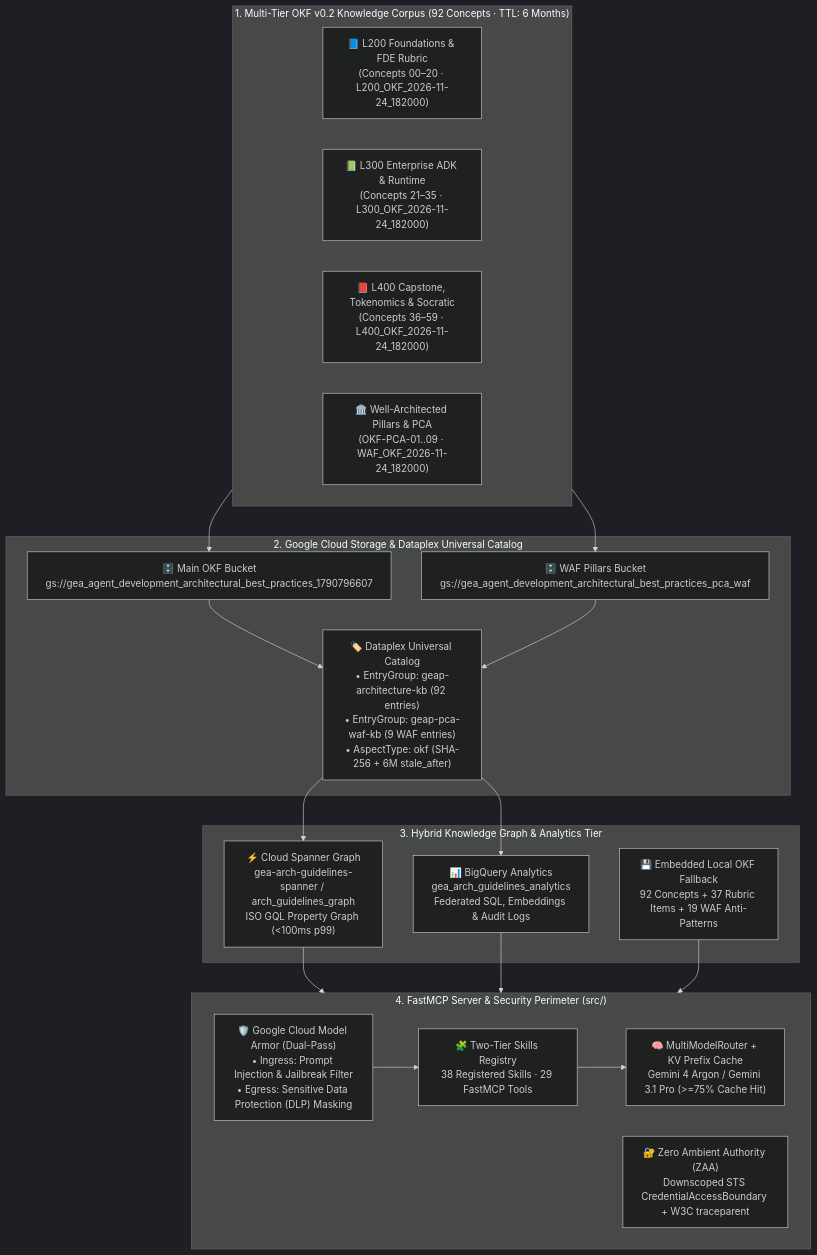
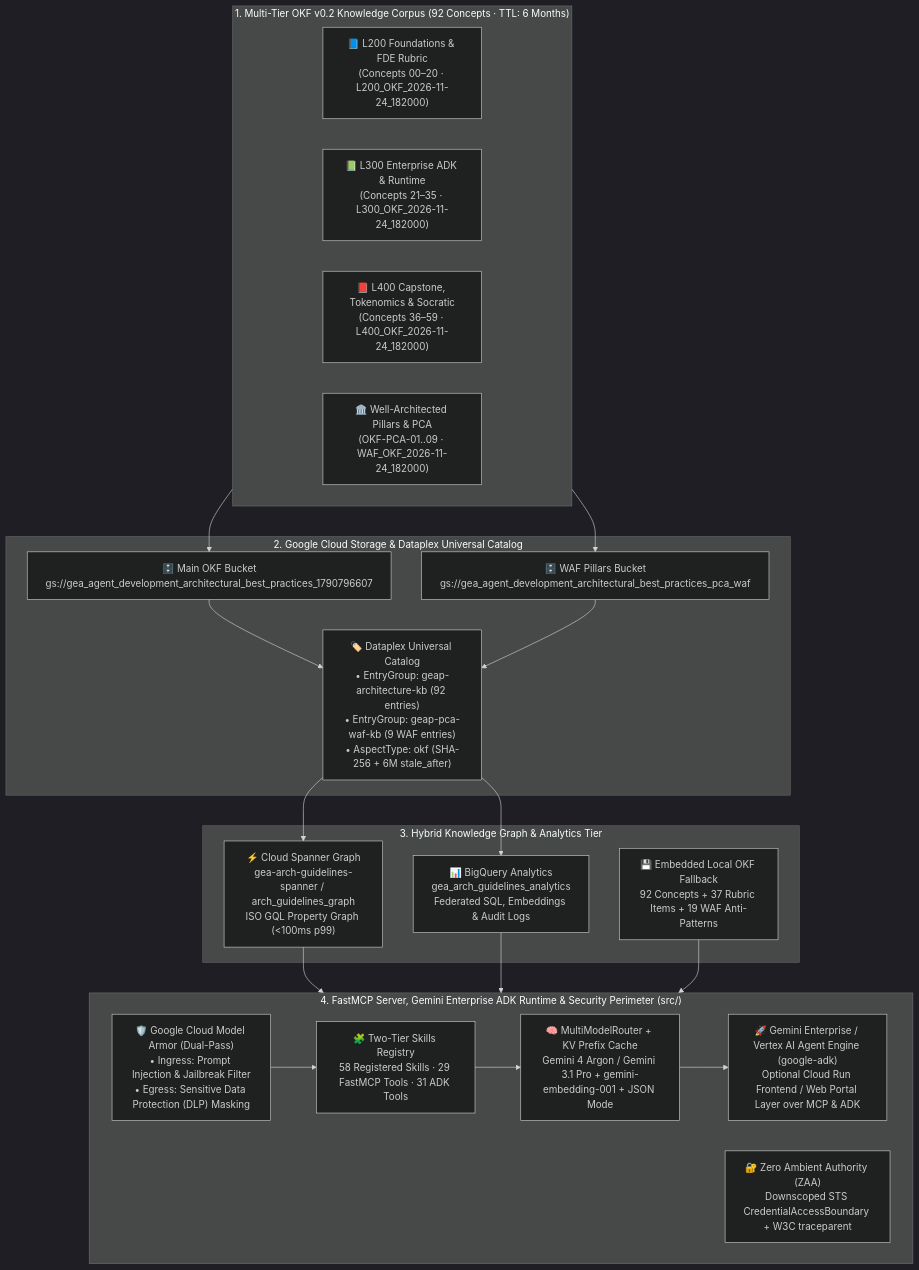
One commit to prdmohangoogley/gea-agents-arch-guidelines-mcp-server changed the diagram in docs/01_MCP_SERVER_DOCUMENTATION.md. Above: the diagram before and after it, drawn with Mermaid (dark theme). The commit also changed other lines of this file and 11 other files, not shown here.

Commit message:
docs: align architecture across entire repo (Gemini Enterprise MCP/ADK runtime, optional Cloud Run frontend, 58 skills, 31 ADK tools, live OnlineEvaluator)

````diff
--- a/docs/01_MCP_SERVER_DOCUMENTATION.md
+++ b/docs/01_MCP_SERVER_DOCUMENTATION.md
@@ -17,34 +17,35 @@
 ```mermaid
 flowchart TB
     subgraph Corpus["1. Multi-Tier OKF v0.2 Knowledge Corpus (92 Concepts · TTL: 6 Months)"]
         L200["📘 L200 Foundations & FDE Rubric\n(Concepts 00–20 · L200_OKF_2026-11-24_182000)"]
         L300["📗 L300 Enterprise ADK & Runtime\n(Concepts 21–35 · L300_OKF_2026-11-24_182000)"]
         L400["📕 L400 Capstone, Tokenomics & Socratic\n(Concepts 36–59 · L400_OKF_2026-11-24_182000)"]
         WAF["🏛️ Well-Architected Pillars & PCA\n(OKF-PCA-01..09 · WAF_OKF_2026-11-24_182000)"]
     end
 
     subgraph CloudStorage["2. Google Cloud Storage & Dataplex Universal Catalog"]
         GCS1["🗄️ Main OKF Bucket\ngs://gea_agent_development_architectural_best_practices_1790796607"]
         GCS2["🗄️ WAF Pillars Bucket\ngs://gea_agent_development_architectural_best_practices_pca_waf"]
         DP["🏷️ Dataplex Universal Catalog\n• EntryGroup: geap-architecture-kb (92 entries)\n• EntryGroup: geap-pca-waf-kb (9 WAF entries)\n• AspectType: okf (SHA-256 + 6M stale_after)"]
     end
 
     subgraph HybridGraph["3. Hybrid Knowledge Graph & Analytics Tier"]
         SPANNER["⚡ Cloud Spanner Graph\ngea-arch-guidelines-spanner / arch_guidelines_graph\nISO GQL Property Graph (<100ms p99)"]
         BQ["📊 BigQuery Analytics\ngea_arch_guidelines_analytics\nFederated SQL, Embeddings & Audit Logs"]
         CACHE["💾 Embedded Local OKF Fallback\n92 Concepts + 37 Rubric Items + 19 WAF Anti-Patterns"]
     end
 
-    subgraph MCPServer["4. FastMCP Server & Security Perimeter (src/)"]
+    subgraph MCPServer["4. FastMCP Server, Gemini Enterprise ADK Runtime & Security Perimeter (src/)"]
         MA["🛡️ Google Cloud Model Armor (Dual-Pass)\n• Ingress: Prompt Injection & Jailbreak Filter\n• Egress: Sensitive Data Protection (DLP) Masking"]
         ZAA["🔐 Zero Ambient Authority (ZAA)\nDownscoped STS CredentialAccessBoundary + W3C traceparent"]
-        REG["🧩 Two-Tier Skills Registry\n38 Registered Skills · 29 FastMCP Tools"]
-        ROUTER["🧠 MultiModelRouter + KV Prefix Cache\nGemini 4 Argon / Gemini 3.1 Pro (>=75% Cache Hit)"]
+        REG["🧩 Two-Tier Skills Registry\n58 Registered Skills · 29 FastMCP Tools · 31 ADK Tools"]
+        ROUTER["🧠 MultiModelRouter + KV Prefix Cache\nGemini 4 Argon / Gemini 3.1 Pro + gemini-embedding-001 + JSON Mode"]
+        RUNTIME["🚀 Gemini Enterprise / Vertex AI Agent Engine (google-adk)\nOptional Cloud Run Frontend / Web Portal Layer over MCP & ADK"]
     end
 
     Corpus --> GCS1 & GCS2
     GCS1 & GCS2 --> DP
     DP --> SPANNER & BQ
     SPANNER & BQ & CACHE --> MCPServer
-    MA --> REG --> ROUTER
+    MA --> REG --> ROUTER --> RUNTIME
 ```
````
